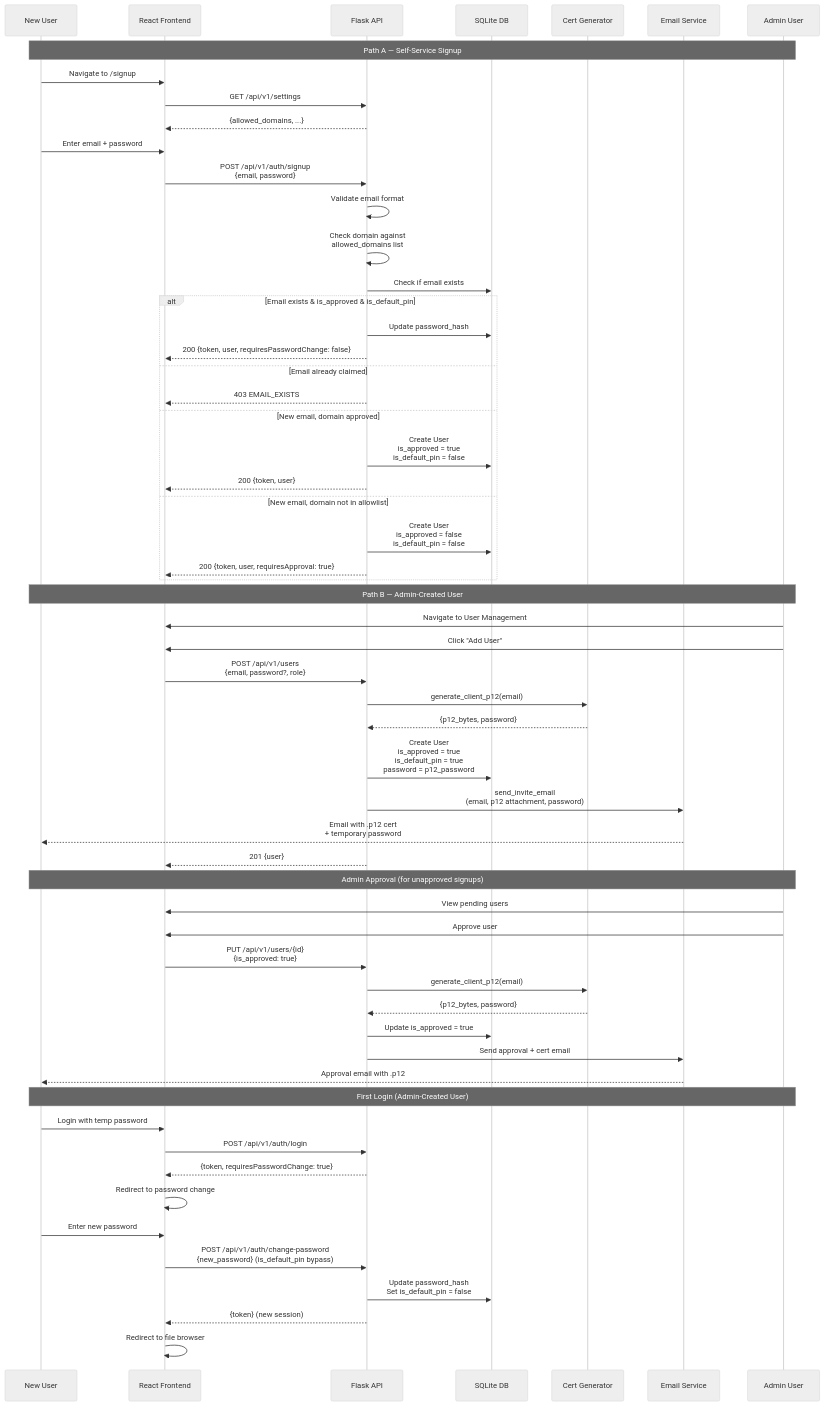
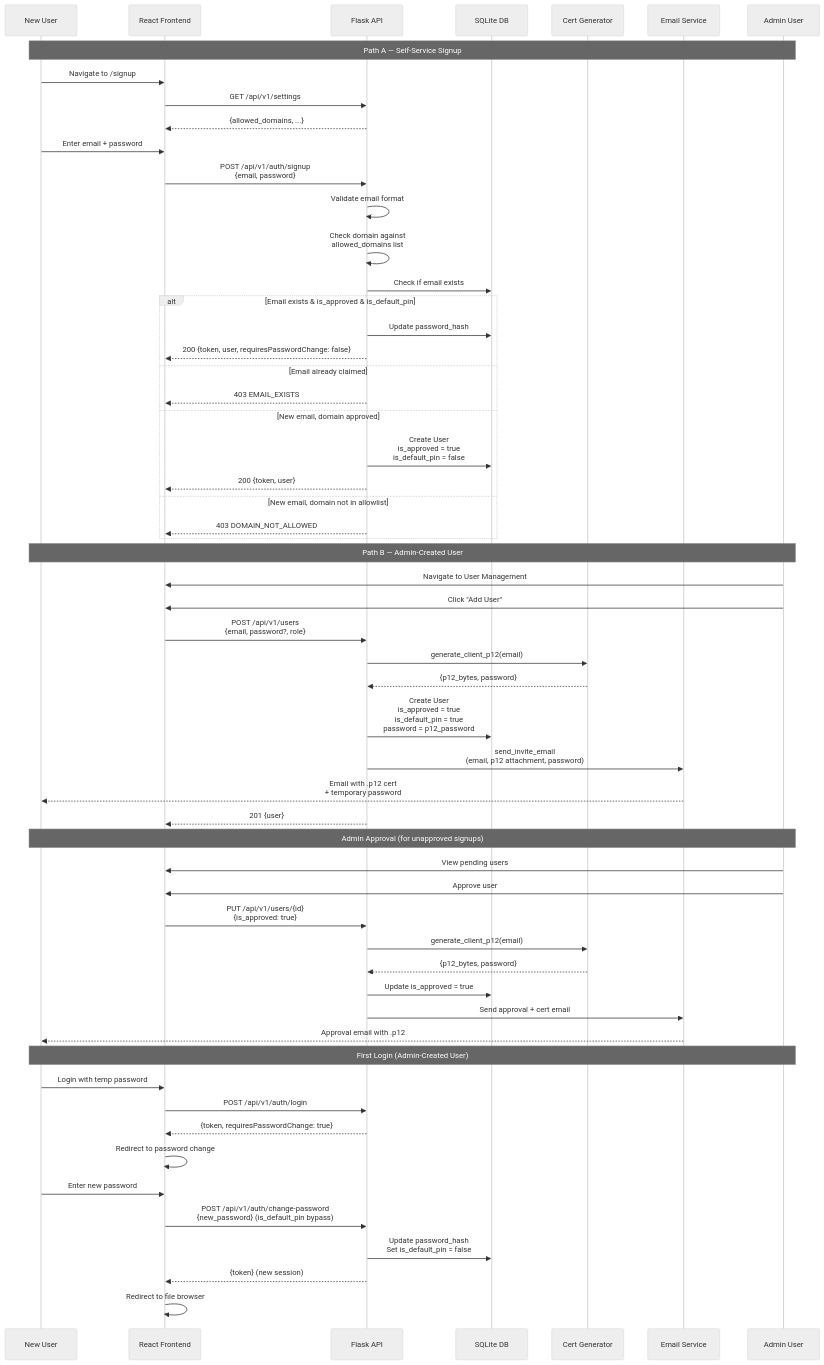
Before and after one commit to andreas-04/thumbs-up: the seventh of 8 diagrams in docs/diagrams.md, drawn with Mermaid (neutral theme). The commit also changed other lines of this file, not shown here.

First line of the commit message:
Update diagrams to reflect RBAC refactoring

````diff
--- a/docs/diagrams.md
+++ b/docs/diagrams.md
@@ -332,66 +391,65 @@
 ```mermaid
 sequenceDiagram
     participant User as New User
     participant FE as React Frontend
     participant API as Flask API
     participant DB as SQLite DB
     participant CertGen as Cert Generator
     participant Email as Email Service
     participant Admin as Admin User
 
     Note over User,Admin: Path A — Self-Service Signup
     User->>FE: Navigate to /signup
     FE->>API: GET /api/v1/settings
     API-->>FE: {allowed_domains, ...}
     User->>FE: Enter email + password
     FE->>API: POST /api/v1/auth/signup<br/>{email, password}
 
     API->>API: Validate email format
     API->>API: Check domain against<br/>allowed_domains list
     API->>DB: Check if email exists
 
     alt Email exists & is_approved & is_default_pin
         API->>DB: Update password_hash
         API-->>FE: 200 {token, user, requiresPasswordChange: false}
     else Email already claimed
         API-->>FE: 403 EMAIL_EXISTS
     else New email, domain approved
         API->>DB: Create User<br/>is_approved = true<br/>is_default_pin = false
         API-->>FE: 200 {token, user}
     else New email, domain not in allowlist
-        API->>DB: Create User<br/>is_approved = false<br/>is_default_pin = false
-        API-->>FE: 200 {token, user, requiresApproval: true}
+        API-->>FE: 403 DOMAIN_NOT_ALLOWED
     end
 
     Note over User,Admin: Path B — Admin-Created User
     Admin->>FE: Navigate to User Management
     Admin->>FE: Click "Add User"
     FE->>API: POST /api/v1/users<br/>{email, password?, role}
     API->>CertGen: generate_client_p12(email)
     CertGen-->>API: {p12_bytes, password}
     API->>DB: Create User<br/>is_approved = true<br/>is_default_pin = true<br/>password = p12_password
     API->>Email: send_invite_email<br/>(email, p12 attachment, password)
     Email-->>User: Email with .p12 cert<br/>+ temporary password
     API-->>FE: 201 {user}
 
     Note over User,Admin: Admin Approval (for unapproved signups)
     Admin->>FE: View pending users
     Admin->>FE: Approve user
     FE->>API: PUT /api/v1/users/{id}<br/>{is_approved: true}
     API->>CertGen: generate_client_p12(email)
     CertGen-->>API: {p12_bytes, password}
     API->>DB: Update is_approved = true
     API->>Email: Send approval + cert email
     Email-->>User: Approval email with .p12
 
     Note over User,Admin: First Login (Admin-Created User)
     User->>FE: Login with temp password
     FE->>API: POST /api/v1/auth/login
     API-->>FE: {token, requiresPasswordChange: true}
     FE->>FE: Redirect to password change
     User->>FE: Enter new password
     FE->>API: POST /api/v1/auth/change-password<br/>{new_password} (is_default_pin bypass)
     API->>DB: Update password_hash<br/>Set is_default_pin = false
     API-->>FE: {token} (new session)
     FE->>FE: Redirect to file browser
 ```
````
